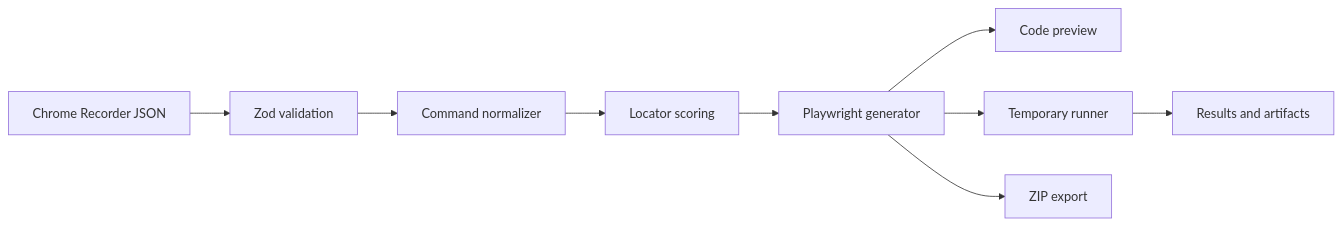
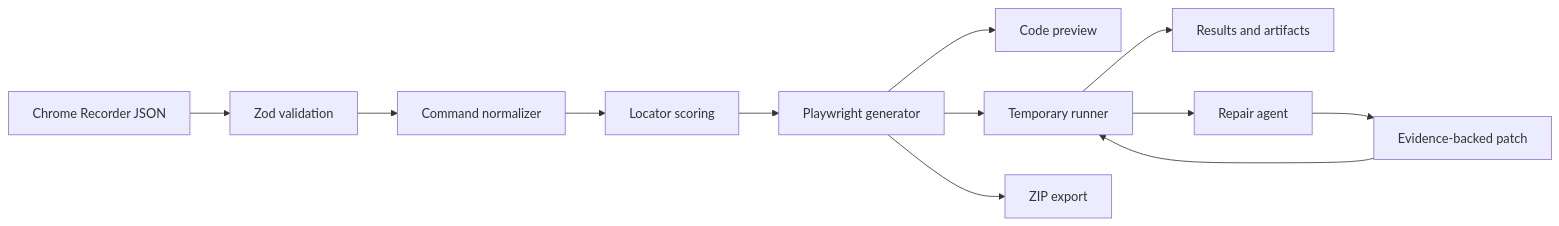
Before and after one commit to Nikhilbhateja22/TestPilot: the diagram in README.md, drawn with Mermaid. The commit also changed other lines of this file and 12 other files, not shown here.

````diff
--- a/README.md
+++ b/README.md
@@ -46,11 +59,14 @@
 ```mermaid
 flowchart LR
   A[Chrome Recorder JSON] --> B[Zod validation]
   B --> C[Command normalizer]
   C --> D[Locator scoring]
   D --> E[Playwright generator]
   E --> F[Code preview]
   E --> G[Temporary runner]
   G --> H[Results and artifacts]
   E --> I[ZIP export]
+  G --> J[Repair agent]
+  J --> K[Evidence-backed patch]
+  K --> G
 ```
````
